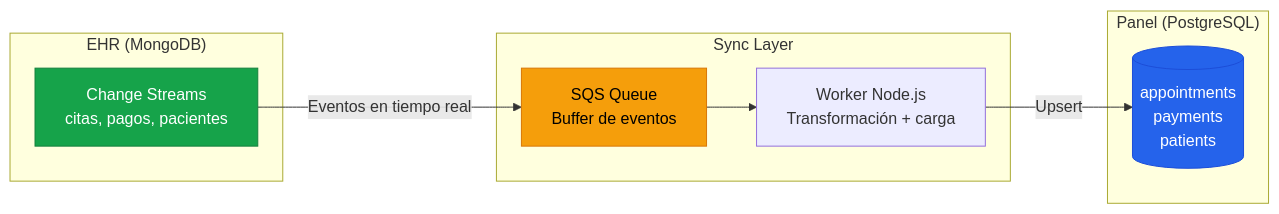
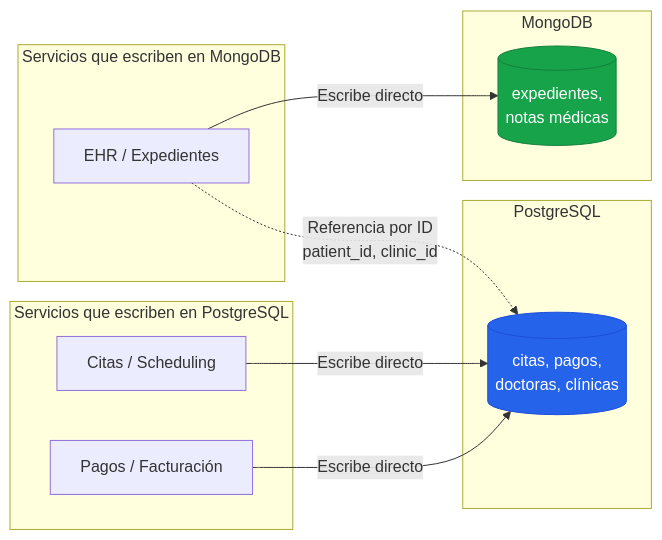
Before and after one commit to gmeono94/nua-salud-panel: diagram 18 of 20 in README.md, drawn with Mermaid. The commit also changed other lines of this file, not shown here.

First line of the commit message:
docs: comprehensive README rewrite with CTO-level architecture decisions

````diff
--- a/README.md
+++ b/README.md
@@ -827,23 +931,28 @@
 ```mermaid
 graph LR
-    subgraph "EHR (MongoDB)"
-        CS[Change Streams<br/>citas, pagos, pacientes]
+    subgraph "Servicios que escriben en PostgreSQL"
+        SC[Citas / Scheduling]
+        SP[Pagos / Facturación]
     end
 
-    subgraph "Sync Layer"
-        SQS[SQS Queue<br/>Buffer de eventos]
-        W[Worker Node.js<br/>Transformación + carga]
+    subgraph "Servicios que escriben en MongoDB"
+        SE[EHR / Expedientes]
     end
 
-    subgraph "Panel (PostgreSQL)"
-        PG[(appointments<br/>payments<br/>patients)]
+    subgraph "PostgreSQL"
+        PG[(citas, pagos,<br/>doctoras, clínicas)]
     end
 
-    CS -->|Eventos en tiempo real| SQS
-    SQS --> W
-    W -->|Upsert| PG
+    subgraph "MongoDB"
+        MDB[(expedientes,<br/>notas médicas)]
+    end
 
-    style CS fill:#16a34a,stroke:#15803d,color:#fff
-    style SQS fill:#f59e0b,stroke:#d97706,color:#000
+    SC -->|Escribe directo| PG
+    SP -->|Escribe directo| PG
+    SE -->|Escribe directo| MDB
+
+    SE -.->|Referencia por ID<br/>patient_id, clinic_id| PG
+
     style PG fill:#2563eb,stroke:#1d4ed8,color:#fff
+    style MDB fill:#16a34a,stroke:#15803d,color:#fff
 ```
````
